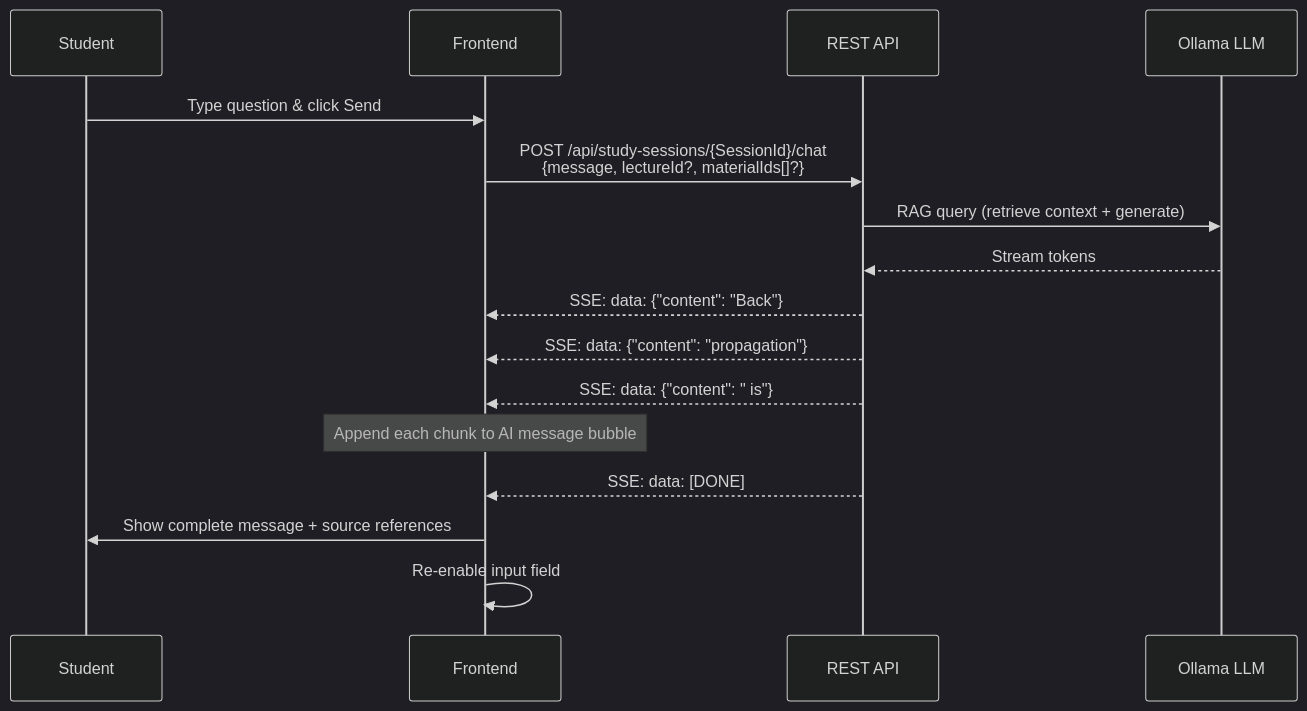
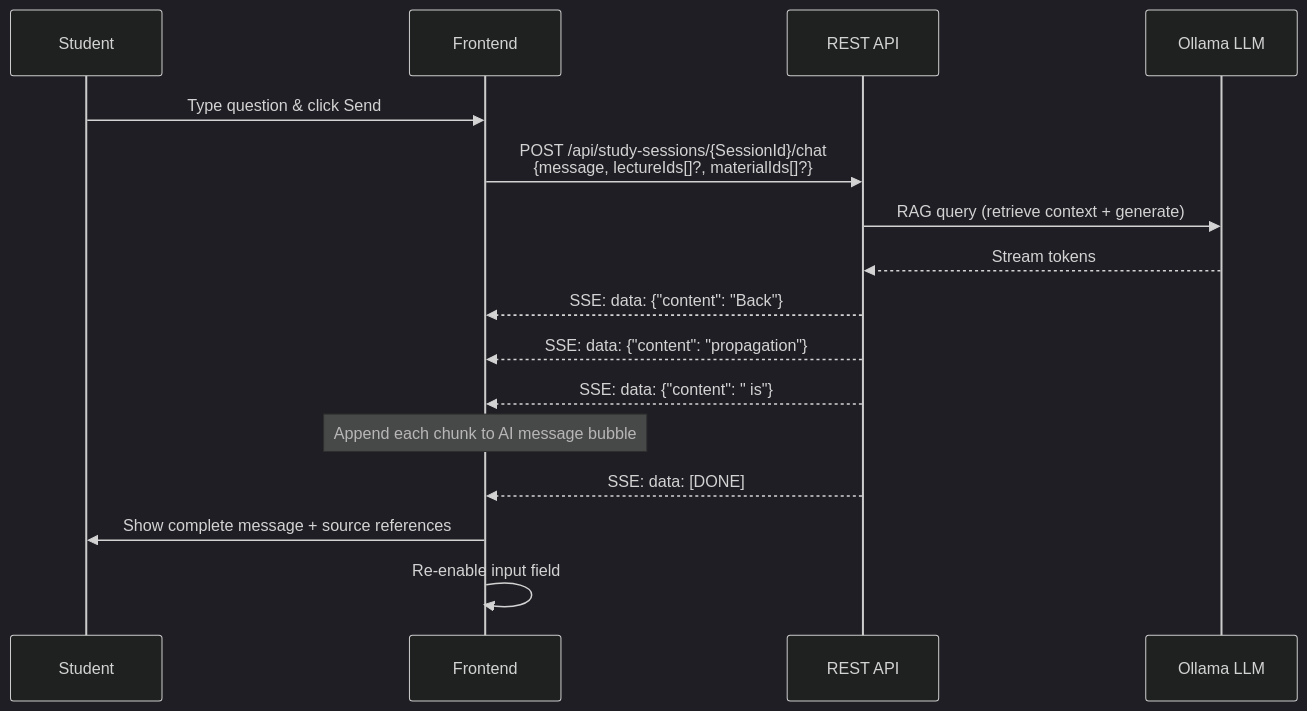
Diagram 11 of 42 in docs/USER_JOURNEY.md (ahmedashraf0001/AI-Powered-Educational-Platform), drawn with Mermaid (dark theme) before and after one commit. The commit also changed other lines of this file and 3 other files, not shown here.

````diff
--- a/docs/USER_JOURNEY.md
+++ b/docs/USER_JOURNEY.md
@@ -453,19 +485,19 @@
 ```mermaid
 sequenceDiagram
     participant S as Student
     participant FE as Frontend
     participant API as REST API
     participant AI as Ollama LLM
 
     S->>FE: Type question & click Send
-    FE->>API: POST /api/study-sessions/{SessionId}/chat<br/>{message, lectureId?, materialIds[]?}
+    FE->>API: POST /api/study-sessions/{SessionId}/chat<br/>{message, lectureIds[]?, materialIds[]?}
     API->>AI: RAG query (retrieve context + generate)
     AI-->>API: Stream tokens
     API-->>FE: SSE: data: {"content": "Back"}
     API-->>FE: SSE: data: {"content": "propagation"}
     API-->>FE: SSE: data: {"content": " is"}
     Note over FE: Append each chunk to AI message bubble
     API-->>FE: SSE: data: [DONE]
     FE->>S: Show complete message + source references
     FE->>FE: Re-enable input field
 ```
````
